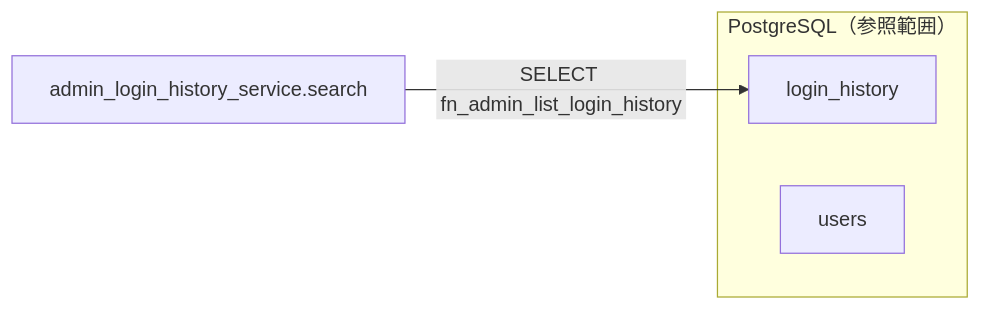
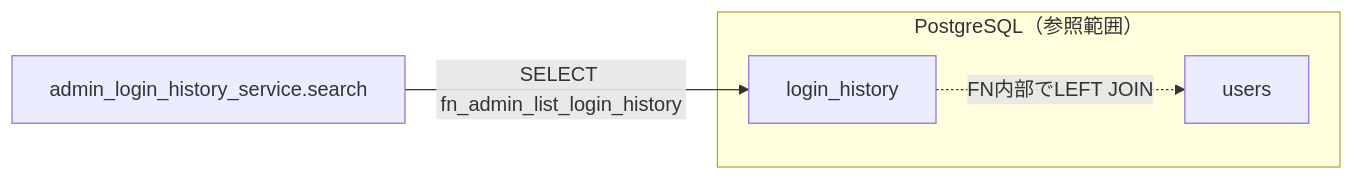
Before and after one commit to oikawa-d/task_management: the fourth of 4 diagrams in docs/detailed_design/api/admin/07_get_admin_login_history.md, drawn with Mermaid. The commit also changed other lines of this file and 88 other files, not shown here.

````diff
--- a/docs/detailed_design/api/admin/07_get_admin_login_history.md
+++ b/docs/detailed_design/api/admin/07_get_admin_login_history.md
@@ -227,8 +217,9 @@
 ```mermaid
 flowchart LR
     subgraph PG["PostgreSQL（参照範囲）"]
         T1["login_history"]
         T2["users"]
     end
     S["admin_login_history_service.search"] -->|"SELECT fn_admin_list_login_history"| T1
+    T1 -.->|"FN内部でLEFT JOIN"| T2
 ```
````
